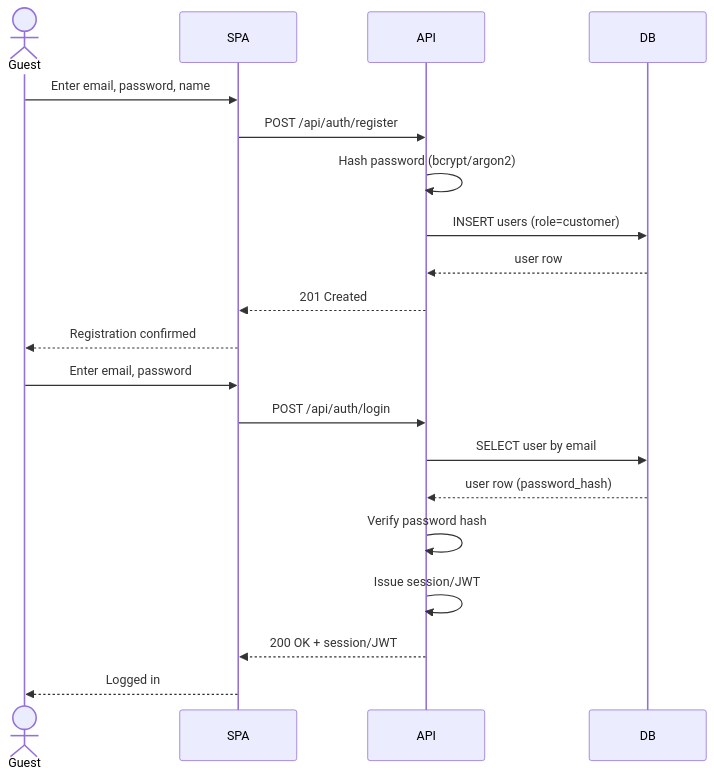
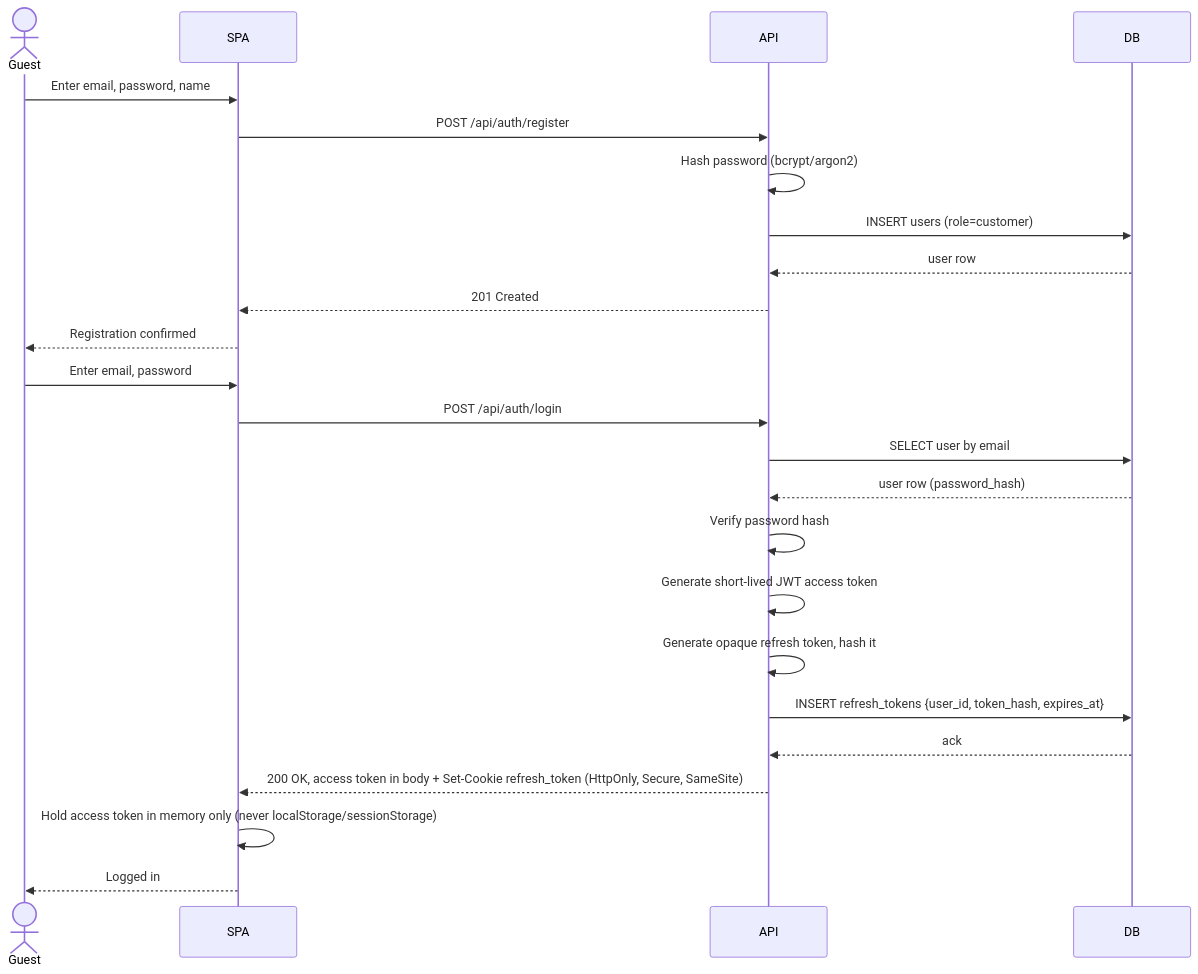
Before and after one commit to eweinmanepam/Remediation-Engineer-Sample-Application: the third of 12 diagrams in DESIGN.md, drawn with Mermaid. The commit also changed other lines of this file, not shown here.

First line of the commit message:
Address JWT token-theft risk in the login/session design

````diff
--- a/DESIGN.md
+++ b/DESIGN.md
@@ -356,24 +381,28 @@
 ```mermaid
 sequenceDiagram
     actor Guest
     participant SPA
     participant API
     participant DB
 
     Guest->>SPA: Enter email, password, name
     SPA->>API: POST /api/auth/register
     API->>API: Hash password (bcrypt/argon2)
     API->>DB: INSERT users (role=customer)
     DB-->>API: user row
     API-->>SPA: 201 Created
     SPA-->>Guest: Registration confirmed
 
     Guest->>SPA: Enter email, password
     SPA->>API: POST /api/auth/login
     API->>DB: SELECT user by email
     DB-->>API: user row (password_hash)
     API->>API: Verify password hash
-    API->>API: Issue session/JWT
-    API-->>SPA: 200 OK + session/JWT
+    API->>API: Generate short-lived JWT access token
+    API->>API: Generate opaque refresh token, hash it
+    API->>DB: INSERT refresh_tokens {user_id, token_hash, expires_at}
+    DB-->>API: ack
+    API-->>SPA: 200 OK, access token in body + Set-Cookie refresh_token (HttpOnly, Secure, SameSite)
+    SPA->>SPA: Hold access token in memory only (never localStorage/sessionStorage)
     SPA-->>Guest: Logged in
 ```
````
